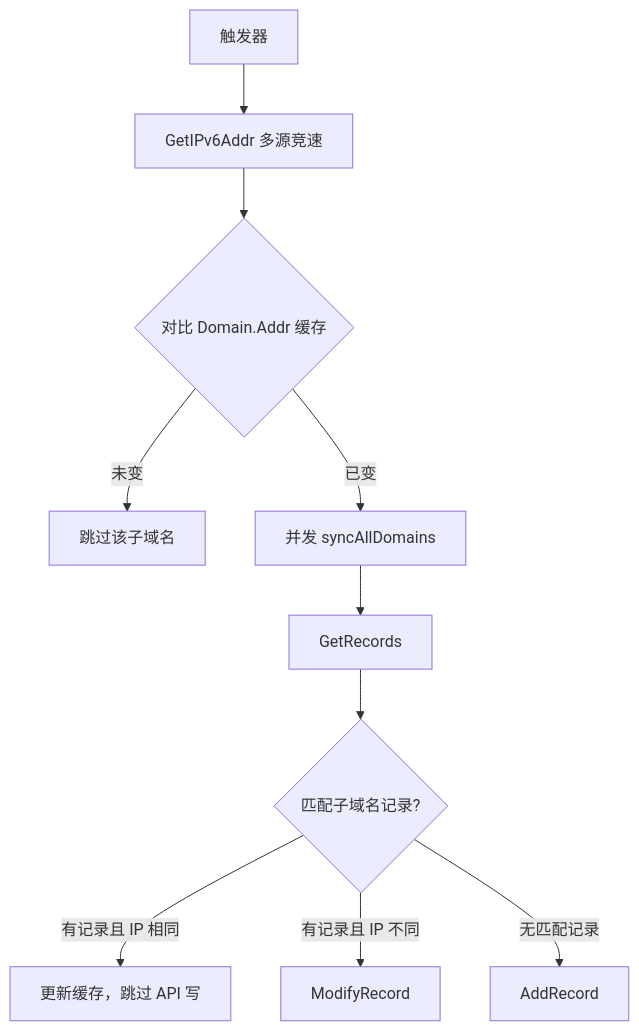
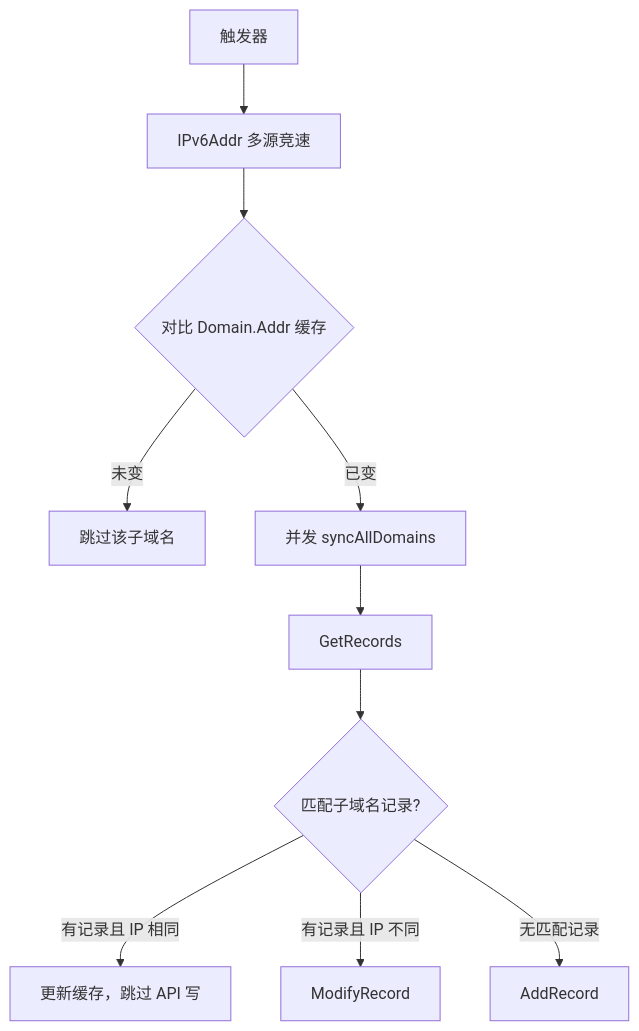
One commit to notes-bin/ddns6 changed the diagram in docs/architecture.md. Above: the diagram before and after it, drawn with Mermaid. The commit also changed other lines of this file and 44 other files, not shown here.

````diff
--- a/docs/architecture.md
+++ b/docs/architecture.md
@@ -20,12 +20,12 @@
 ```mermaid
 flowchart TD
-    T[触发器] --> G[GetIPv6Addr 多源竞速]
+    T[触发器] --> G[IPv6Addr 多源竞速]
     G --> C{对比 Domain.Addr 缓存}
     C -->|未变| S[跳过该子域名]
     C -->|已变| P[并发 syncAllDomains]
     P --> Q[GetRecords]
     Q --> M{匹配子域名记录?}
     M -->|有记录且 IP 相同| K[更新缓存，跳过 API 写]
     M -->|有记录且 IP 不同| U[ModifyRecord]
     M -->|无匹配记录| A[AddRecord]
 ```
````
